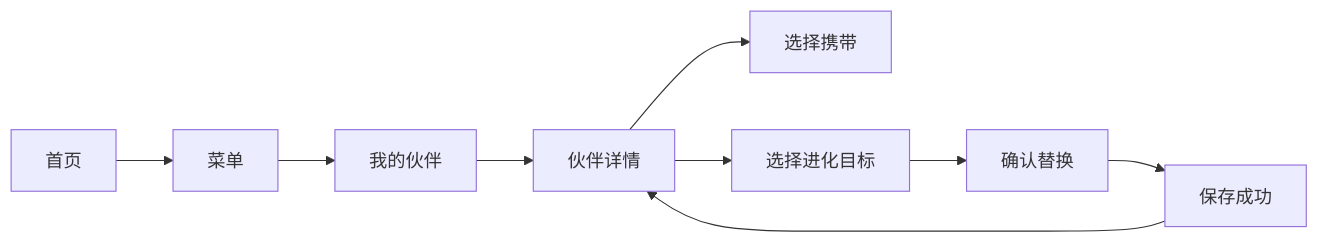
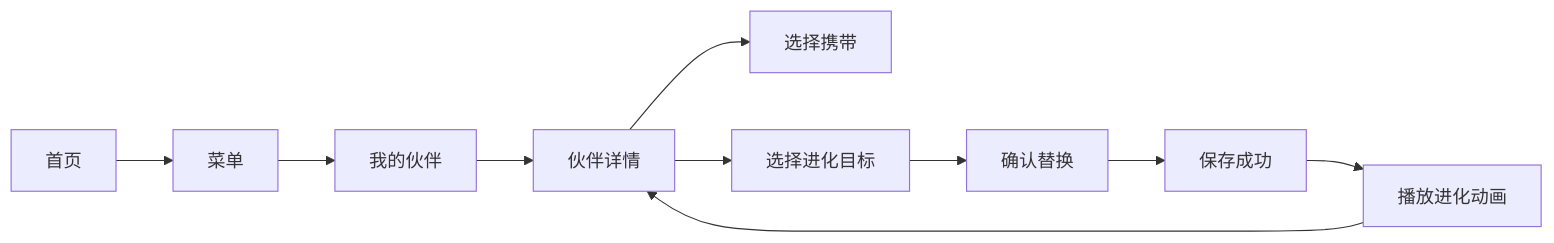
The diagram in docs/design/walking-progression.md (sunny0826/poketrail), drawn with Mermaid before and after one commit. The commit also changed other lines of this file and 20 other files, not shown here.

First line of the commit message:
增加进化动画与图鉴自由预览

````diff
--- a/docs/design/walking-progression.md
+++ b/docs/design/walking-progression.md
@@ -33,11 +33,12 @@
 ```mermaid
 flowchart LR
   H[首页] --> M[菜单]
   M --> R[我的伙伴]
   R --> D[伙伴详情]
   D --> C[选择携带]
   D --> E[选择进化目标]
   E --> F[确认替换]
   F --> S[保存成功]
-  S --> D
+  S --> A[播放进化动画]
+  A --> D
 ```
````
